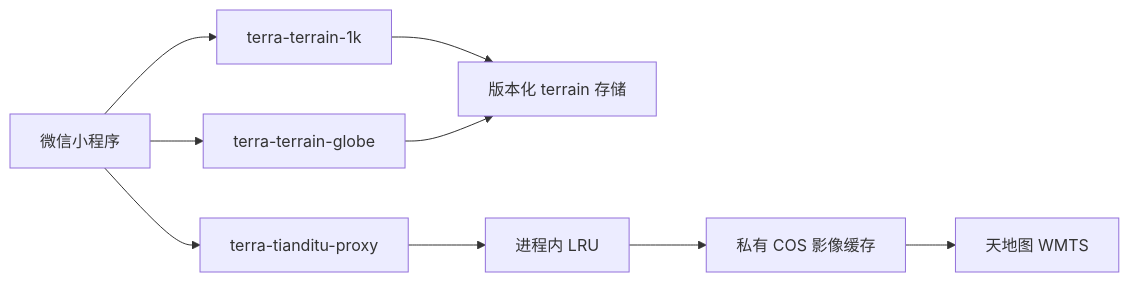
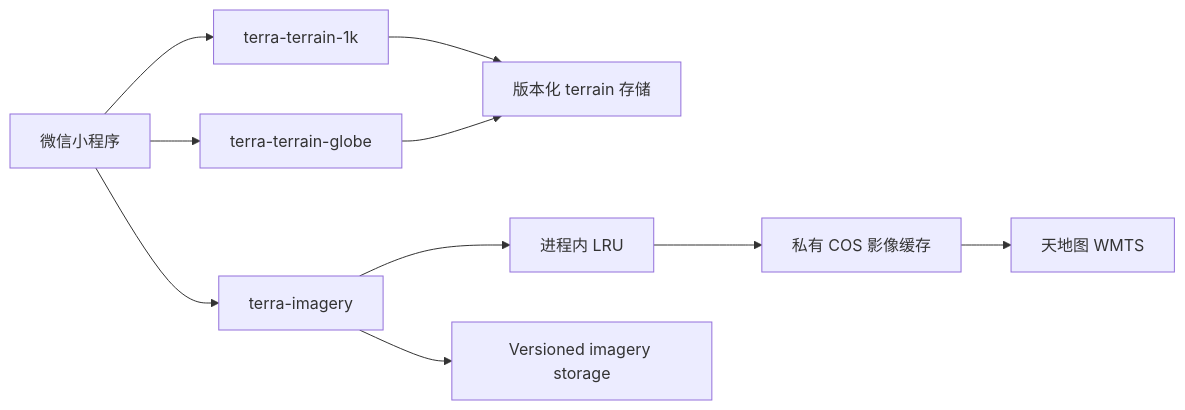
One commit to dadream/terra-sdk changed the diagram in docs/cloudbase/DEPLOYMENT_ARCHITECTURE.md. Above: the diagram before and after it, drawn with Mermaid. The commit also changed other lines of this file and 45 other files, not shown here.

````diff
--- a/docs/cloudbase/DEPLOYMENT_ARCHITECTURE.md
+++ b/docs/cloudbase/DEPLOYMENT_ARCHITECTURE.md
@@ -15,11 +15,12 @@
 ```mermaid
 flowchart LR
     MP["微信小程序"] --> P["terra-terrain-1k"]
     MP --> G["terra-terrain-globe"]
-    MP --> I["terra-tianditu-proxy"]
+    MP --> I["terra-imagery"]
     P --> TD["版本化 terrain 存储"]
     G --> TD
     I --> L1["进程内 LRU"]
+    I --> IS["Versioned imagery storage"]
     L1 --> IC["私有 COS 影像缓存"]
     IC --> T["天地图 WMTS"]
 ```
````
